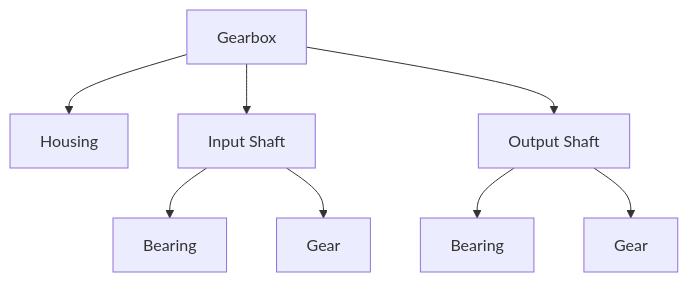
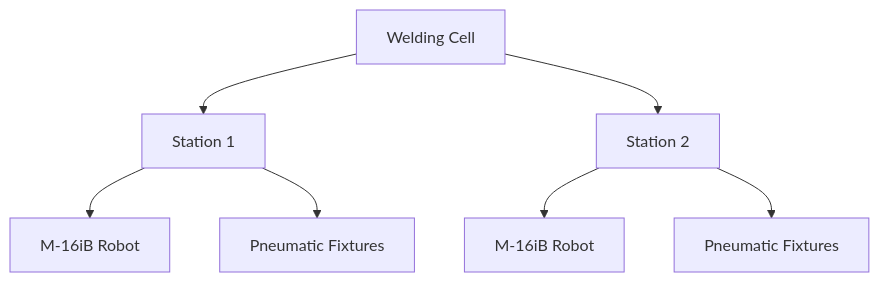
One commit to almightyshui/Mechanical-AI-Skill changed the diagram in README.md. Above: the diagram before and after it, drawn with Mermaid. The commit also changed other lines of this file and 8 other files, not shown here.

````diff
--- a/README.md
+++ b/README.md
@@ -88,10 +103,9 @@
 ```mermaid
 graph TD
-  n1["Gearbox"] --> n2["Housing"]
-  n1["Gearbox"] --> n3["Input Shaft"]
-  n3["Input Shaft"] --> n4["Bearing"]
-  n3["Input Shaft"] --> n5["Gear"]
-  n1["Gearbox"] --> n6["Output Shaft"]
-  n6["Output Shaft"] --> n7["Bearing"]
-  n6["Output Shaft"] --> n8["Gear"]
+  n1["Welding Cell"] --> n2["Station 1"]
+  n1["Welding Cell"] --> n3["Station 2"]
+  n2["Station 1"] --> n4["M-16iB Robot"]
+  n2["Station 1"] --> n5["Pneumatic Fixtures"]
+  n3["Station 2"] --> n6["M-16iB Robot"]
+  n3["Station 2"] --> n7["Pneumatic Fixtures"]
 ```
````
